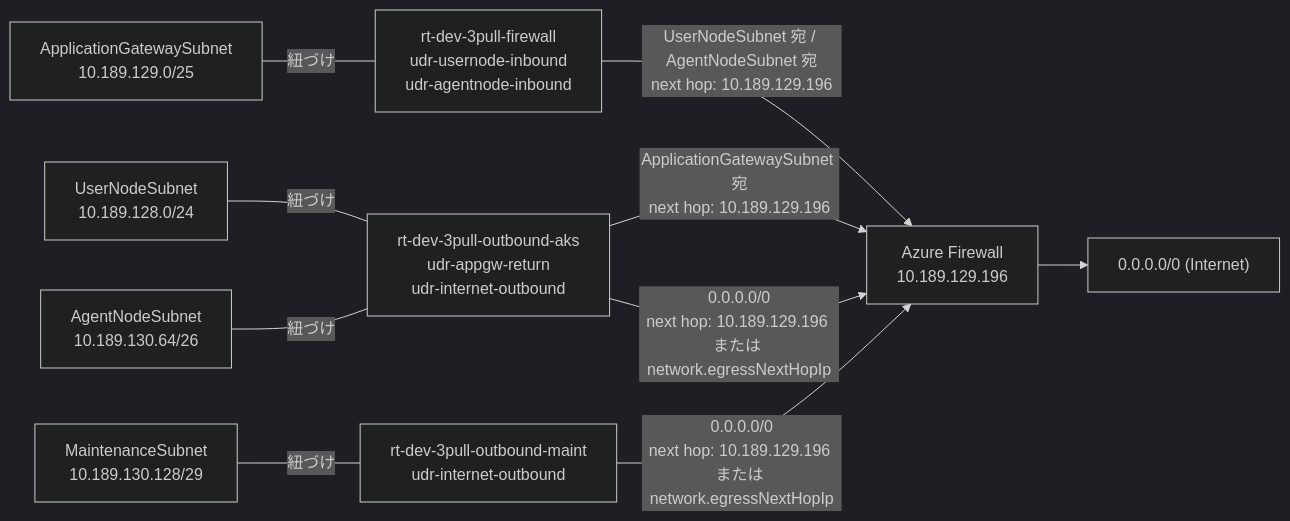
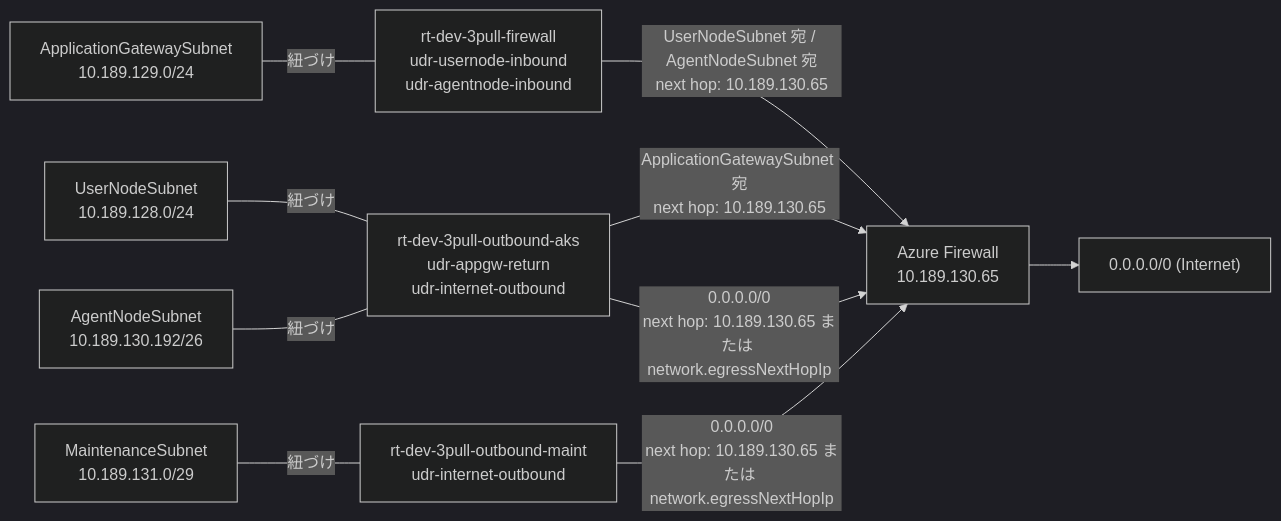
One commit to ioiuea/3pull changed the first of 6 diagrams in infra/README.md. Above: the diagram before and after it, drawn with Mermaid (dark theme). The commit also changed other lines of this file and 6 other files, not shown here.

````diff
--- a/infra/README.md
+++ b/infra/README.md
@@ -14,24 +14,24 @@
 ```mermaid
 flowchart LR
-  AG["ApplicationGatewaySubnet<br/>10.189.129.0/25"]
+  AG["ApplicationGatewaySubnet<br/>10.189.129.0/24"]
   U["UserNodeSubnet<br/>10.189.128.0/24"]
-  N["AgentNodeSubnet<br/>10.189.130.64/26"]
-  M["MaintenanceSubnet<br/>10.189.130.128/29"]
-  FW["Azure Firewall<br/>10.189.129.196"]
+  N["AgentNodeSubnet<br/>10.189.130.192/26"]
+  M["MaintenanceSubnet<br/>10.189.131.0/29"]
+  FW["Azure Firewall<br/>10.189.130.65"]
   NET["0.0.0.0/0 (Internet)"]
 
   RTFW["rt-dev-3pull-firewall<br/>udr-usernode-inbound<br/>udr-agentnode-inbound"]
   RTAKS["rt-dev-3pull-outbound-aks<br/>udr-appgw-return<br/>udr-internet-outbound"]
   RTM["rt-dev-3pull-outbound-maint<br/>udr-internet-outbound"]
 
   AG ---|"紐づけ"| RTFW
   U ---|"紐づけ"| RTAKS
   N ---|"紐づけ"| RTAKS
   M ---|"紐づけ"| RTM
 
-  RTFW -->|"UserNodeSubnet 宛 / AgentNodeSubnet 宛<br/>next hop: 10.189.129.196"| FW
-  RTAKS -->|"ApplicationGatewaySubnet 宛<br/>next hop: 10.189.129.196"| FW
-  RTAKS -->|"0.0.0.0/0<br/>next hop: 10.189.129.196 または network.egressNextHopIp"| FW
-  RTM -->|"0.0.0.0/0<br/>next hop: 10.189.129.196 または network.egressNextHopIp"| FW
+  RTFW -->|"UserNodeSubnet 宛 / AgentNodeSubnet 宛<br/>next hop: 10.189.130.65"| FW
+  RTAKS -->|"ApplicationGatewaySubnet 宛<br/>next hop: 10.189.130.65"| FW
+  RTAKS -->|"0.0.0.0/0<br/>next hop: 10.189.130.65 または network.egressNextHopIp"| FW
+  RTM -->|"0.0.0.0/0<br/>next hop: 10.189.130.65 または network.egressNextHopIp"| FW
   FW --> NET
 ```
````
